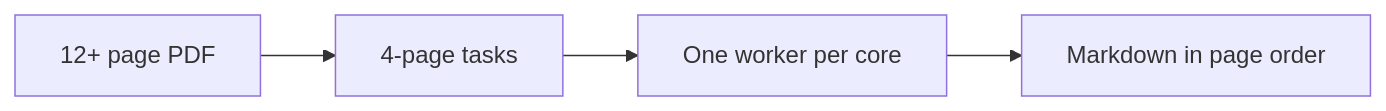
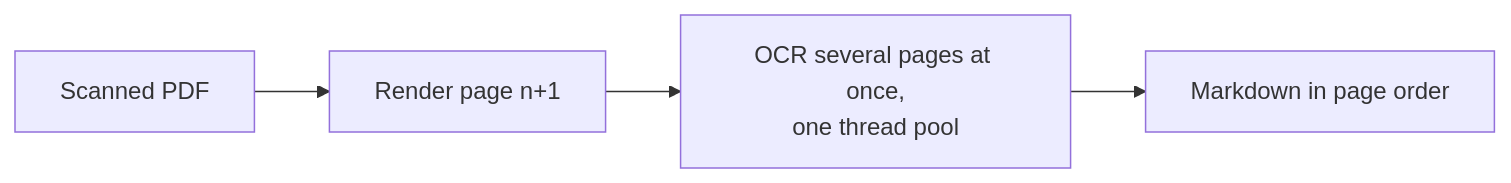
Before and after one commit to Ynewtime/markitai: the first of 2 diagrams in website/guide/performance.md, drawn with Mermaid. The commit also changed other lines of this file and 38 other files, not shown here.

````diff
--- a/website/guide/performance.md
+++ b/website/guide/performance.md
@@ -10,4 +17,4 @@
 ```mermaid
 flowchart LR
-  P["12+ page PDF"] --> T[4-page tasks] --> W["One worker per core"] --> M[Markdown in page order]
+  P["Scanned PDF"] --> R[Render page n+1] --> O["OCR several pages at once,<br/>one thread pool"] --> M[Markdown in page order]
 ```
````
